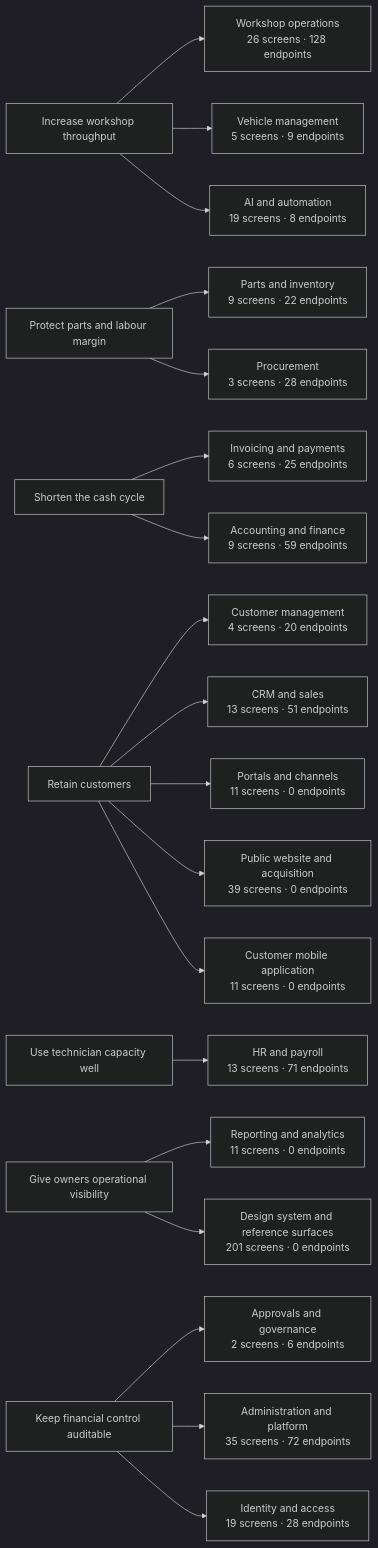
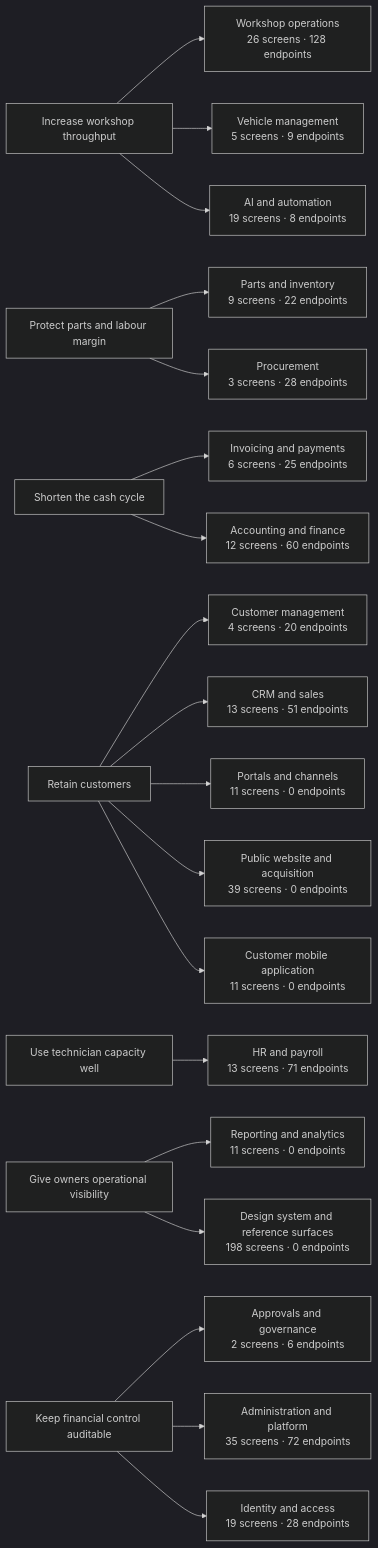
Before and after one commit to tazamohd/SlClNe: the diagram in docs/07_BUSINESS_ANALYSIS/BUSINESS_CAPABILITY_MAP.md, drawn with Mermaid (dark theme). The commit also changed other lines of this file and 44 other files, not shown here.

````diff
--- a/docs/07_BUSINESS_ANALYSIS/BUSINESS_CAPABILITY_MAP.md
+++ b/docs/07_BUSINESS_ANALYSIS/BUSINESS_CAPABILITY_MAP.md
@@ -22,46 +22,46 @@
 ```mermaid
 flowchart LR
   OBJ_THROUGHPUT["Increase workshop throughput"]
   OBJ_MARGIN["Protect parts and labour margin"]
   OBJ_CASH["Shorten the cash cycle"]
   OBJ_RETENTION["Retain customers"]
   OBJ_CAPACITY["Use technician capacity well"]
   OBJ_VISIBILITY["Give owners operational visibility"]
   OBJ_CONTROL["Keep financial control auditable"]
   CAP_WORKSHOP["Workshop operations<br/>26 screens · 128 endpoints"]
   OBJ_THROUGHPUT --> CAP_WORKSHOP
   CAP_CUSTOMERS["Customer management<br/>4 screens · 20 endpoints"]
   OBJ_RETENTION --> CAP_CUSTOMERS
   CAP_VEHICLES["Vehicle management<br/>5 screens · 9 endpoints"]
   OBJ_THROUGHPUT --> CAP_VEHICLES
   CAP_INVENTORY["Parts and inventory<br/>9 screens · 22 endpoints"]
   OBJ_MARGIN --> CAP_INVENTORY
   CAP_PROCUREMENT["Procurement<br/>3 screens · 28 endpoints"]
   OBJ_MARGIN --> CAP_PROCUREMENT
   CAP_BILLING["Invoicing and payments<br/>6 screens · 25 endpoints"]
   OBJ_CASH --> CAP_BILLING
-  CAP_ACCOUNTING["Accounting and finance<br/>9 screens · 59 endpoints"]
+  CAP_ACCOUNTING["Accounting and finance<br/>12 screens · 60 endpoints"]
   OBJ_CASH --> CAP_ACCOUNTING
   CAP_HR["HR and payroll<br/>13 screens · 71 endpoints"]
   OBJ_CAPACITY --> CAP_HR
   CAP_CRM["CRM and sales<br/>13 screens · 51 endpoints"]
   OBJ_RETENTION --> CAP_CRM
   CAP_REPORTING["Reporting and analytics<br/>11 screens · 0 endpoints"]
   OBJ_VISIBILITY --> CAP_REPORTING
   CAP_GOVERNANCE["Approvals and governance<br/>2 screens · 6 endpoints"]
   OBJ_CONTROL --> CAP_GOVERNANCE
   CAP_PORTALS["Portals and channels<br/>11 screens · 0 endpoints"]
   OBJ_RETENTION --> CAP_PORTALS
   CAP_AI["AI and automation<br/>19 screens · 8 endpoints"]
   OBJ_THROUGHPUT --> CAP_AI
   CAP_PLATFORM["Administration and platform<br/>35 screens · 72 endpoints"]
   OBJ_CONTROL --> CAP_PLATFORM
   CAP_IDENTITY["Identity and access<br/>19 screens · 28 endpoints"]
   OBJ_CONTROL --> CAP_IDENTITY
   CAP_WEBSITE["Public website and acquisition<br/>39 screens · 0 endpoints"]
   OBJ_RETENTION --> CAP_WEBSITE
   CAP_CUSTOMERAPP["Customer mobile application<br/>11 screens · 0 endpoints"]
   OBJ_RETENTION --> CAP_CUSTOMERAPP
-  CAP_DESIGNSYSTEM["Design system and reference surfaces<br/>201 screens · 0 endpoints"]
+  CAP_DESIGNSYSTEM["Design system and reference surfaces<br/>198 screens · 0 endpoints"]
   OBJ_VISIBILITY --> CAP_DESIGNSYSTEM
 ```
````
